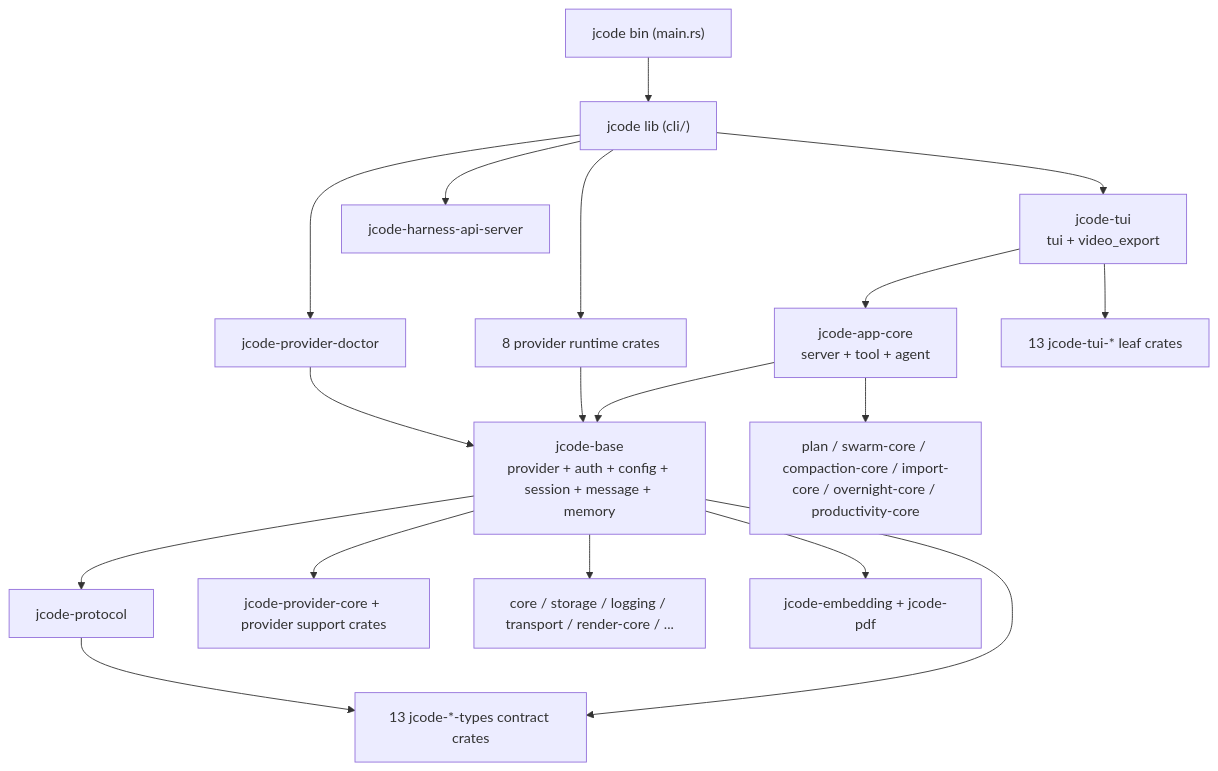
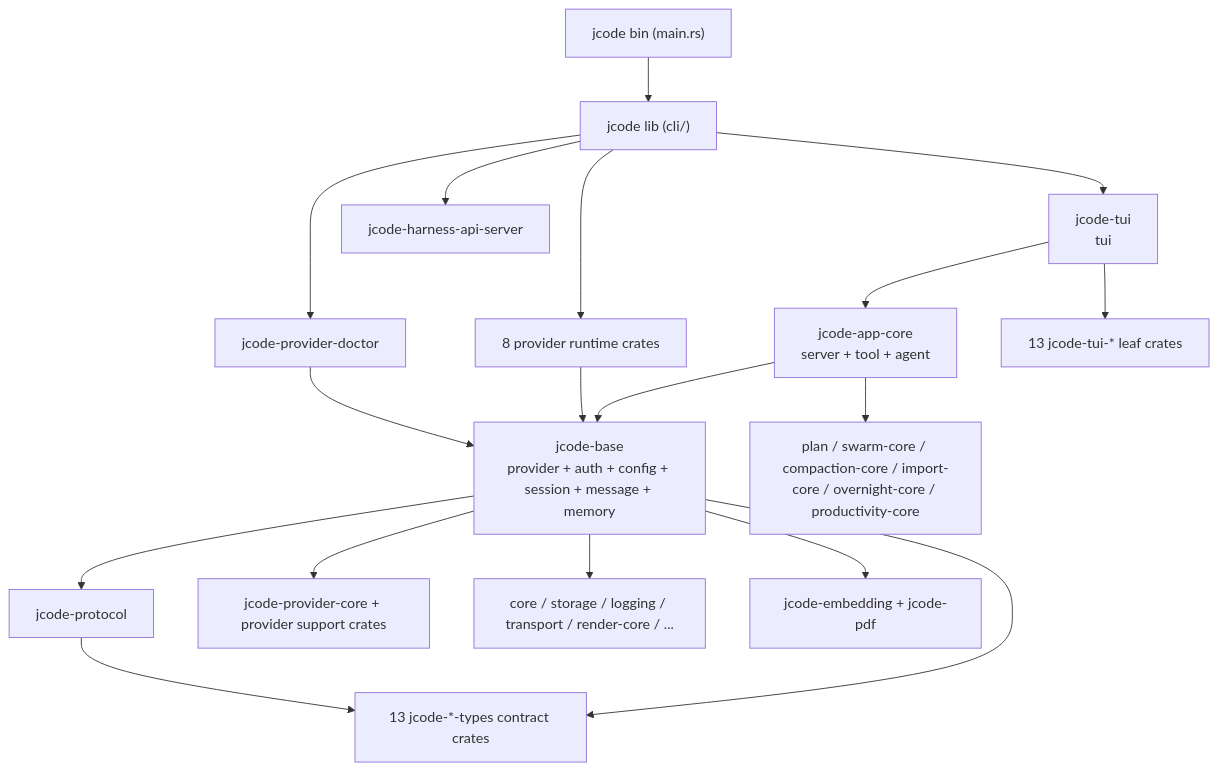
The first of 2 diagrams in docs/MODULAR_ARCHITECTURE_RFC.md (indrajeetadityaroy9/jcode), drawn with Mermaid before and after one commit. The commit also changed other lines of this file and 277 other files, not shown here.

````diff
--- a/docs/MODULAR_ARCHITECTURE_RFC.md
+++ b/docs/MODULAR_ARCHITECTURE_RFC.md
@@ -314,22 +313,22 @@
 ```mermaid
 flowchart TD
   Bin["jcode bin (main.rs)"] --> Root["jcode lib (cli/)"]
-  Root --> TUI["jcode-tui\ntui + video_export"]
+  Root --> TUI["jcode-tui\ntui"]
   TUI --> AppCore["jcode-app-core\nserver + tool + agent"]
   AppCore --> Base["jcode-base\nprovider + auth + config + session + message + memory"]
 
   Root --> Doctor[jcode-provider-doctor]
   Root --> PRun[8 provider runtime crates]
   Root --> Bridge[jcode-harness-api-server]
   PRun --> Base
   Doctor --> Base
 
   TUI --> TuiLeaves["13 jcode-tui-* leaf crates"]
   AppCore --> DomainCore["plan / swarm-core / compaction-core / import-core / overnight-core / productivity-core"]
   Base --> Protocol[jcode-protocol]
   Base --> PCore["jcode-provider-core + provider support crates"]
   Base --> Types["13 jcode-*-types contract crates"]
   Base --> Support["core / storage / logging / transport / render-core / ..."]
   Base --> Heavy[jcode-embedding + jcode-pdf]
   Protocol --> Types
 ```
````
